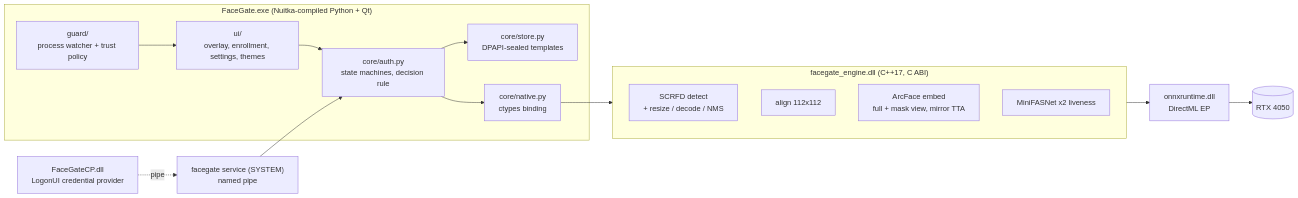
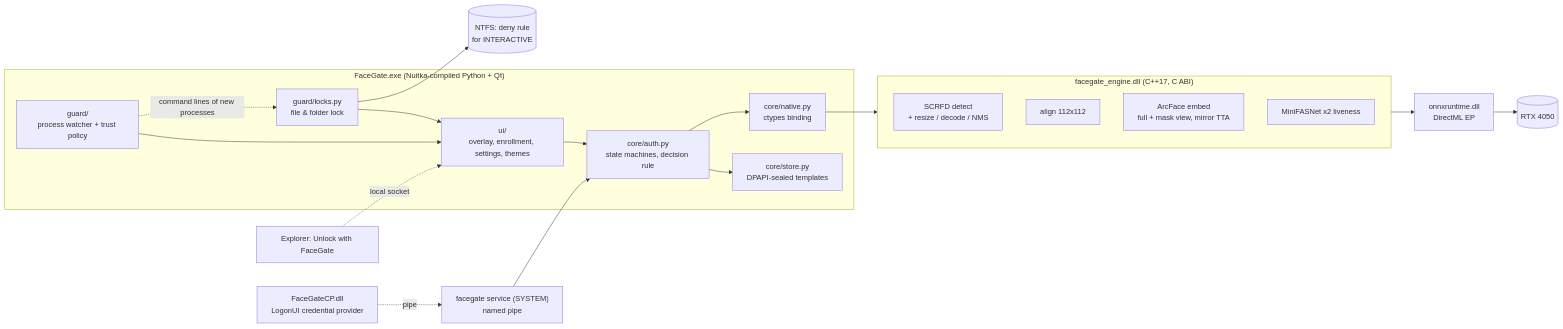
One commit to DeveshR011/facegate changed the diagram in docs/architecture.md. Above: the diagram before and after it, drawn with Mermaid. The commit also changed other lines of this file and 13 other files, not shown here.

````diff
--- a/docs/architecture.md
+++ b/docs/architecture.md
@@ -5,23 +5,28 @@
 ```mermaid
 flowchart LR
     subgraph exe["FaceGate.exe  (Nuitka-compiled Python + Qt)"]
         UI["ui/<br/>overlay, enrollment, settings, themes"]
         Guard["guard/<br/>process watcher + trust policy"]
+        Locks["guard/locks.py<br/>file & folder lock"]
         Auth["core/auth.py<br/>state machines, decision rule"]
         Store["core/store.py<br/>DPAPI-sealed templates"]
         Native["core/native.py<br/>ctypes binding"]
     end
     subgraph cpp["facegate_engine.dll  (C++17, C ABI)"]
         Det["SCRFD detect<br/>+ resize / decode / NMS"]
         Align["align 112x112"]
         Emb["ArcFace embed<br/>full + mask view, mirror TTA"]
         Live["MiniFASNet x2 liveness"]
     end
     ORT["onnxruntime.dll<br/>DirectML EP"] --> GPU[("RTX 4050")]
     UI --> Auth
     Guard --> UI
+    Locks --> UI
+    Guard -.->|command lines of new processes| Locks
+    Locks --> ACL[("NTFS: deny rule<br/>for INTERACTIVE")]
+    Verb["Explorer: Unlock with FaceGate"] -.->|local socket| UI
     Auth --> Store
     Auth --> Native --> cpp --> ORT
     SVC["facegate service (SYSTEM)<br/>named pipe"] --> Auth
     CP["FaceGateCP.dll<br/>LogonUI credential provider"] -. pipe .-> SVC
 ```
````
